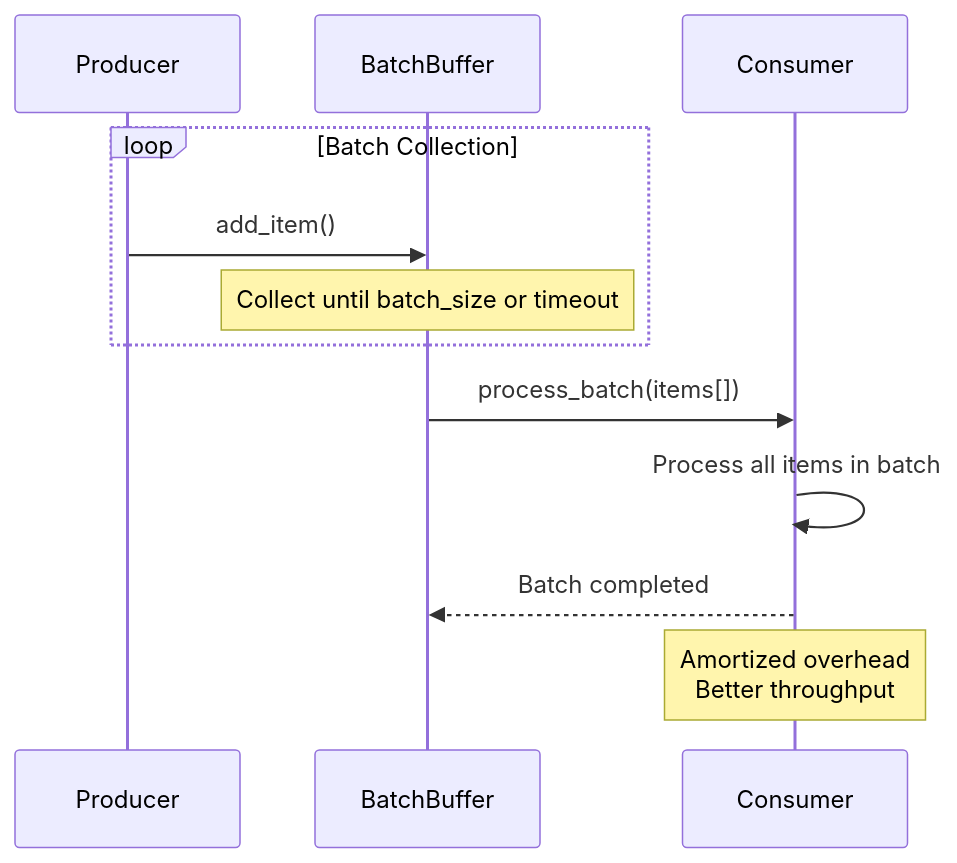
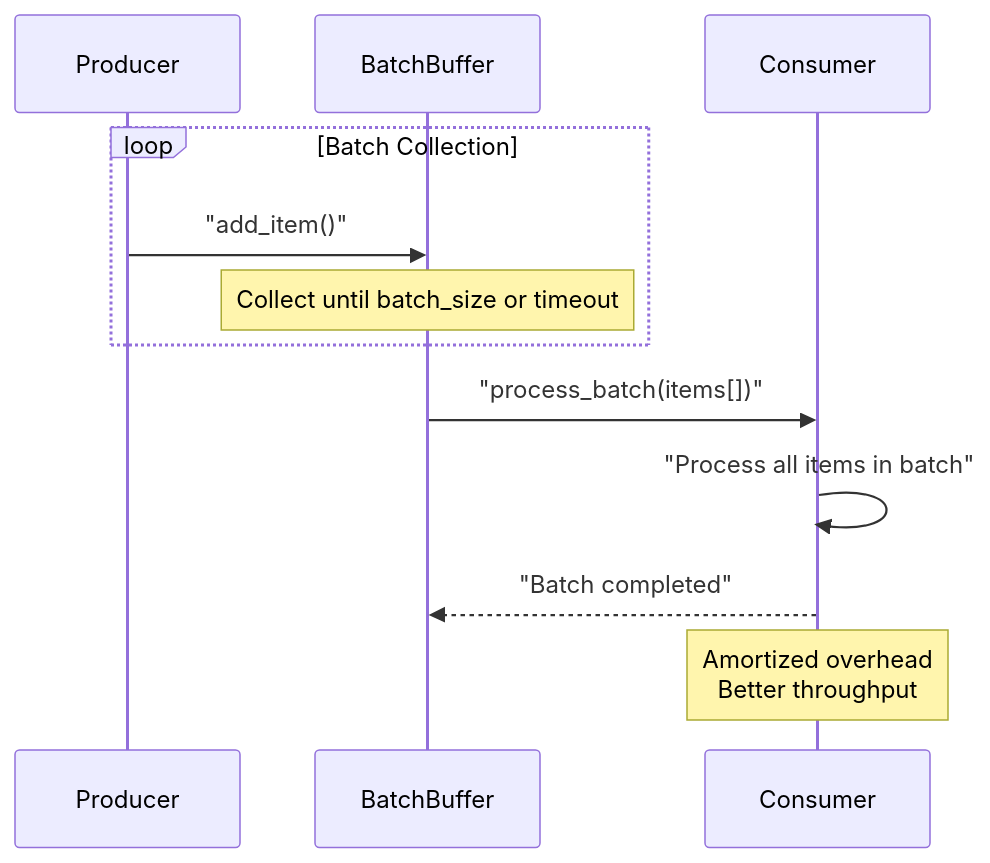
One commit to mythxn/dojo.py changed diagram 13 of 13 in day_1/problem_3_producer_consumer/README.md. Above: the diagram before and after it, drawn with Mermaid. The commit also changed other lines of this file, not shown here.

First line of the commit message:
Fix Mermaid syntax errors in producer-consumer README

````diff
--- a/day_1/problem_3_producer_consumer/README.md
+++ b/day_1/problem_3_producer_consumer/README.md
@@ -324,17 +324,17 @@
 ```mermaid
 sequenceDiagram
     participant Producer
     participant BatchBuffer
     participant Consumer
     
     loop Batch Collection
-        Producer->>BatchBuffer: add_item()
+        Producer->>BatchBuffer: "add_item()"
         Note over BatchBuffer: Collect until batch_size or timeout
     end
     
-    BatchBuffer->>Consumer: process_batch(items[])
-    Consumer->>Consumer: Process all items in batch
-    Consumer-->>BatchBuffer: Batch completed
+    BatchBuffer->>Consumer: "process_batch(items[])"
+    Consumer->>Consumer: "Process all items in batch"
+    Consumer-->>BatchBuffer: "Batch completed"
     
     Note over Consumer: Amortized overhead<br/>Better throughput
 ```
````
